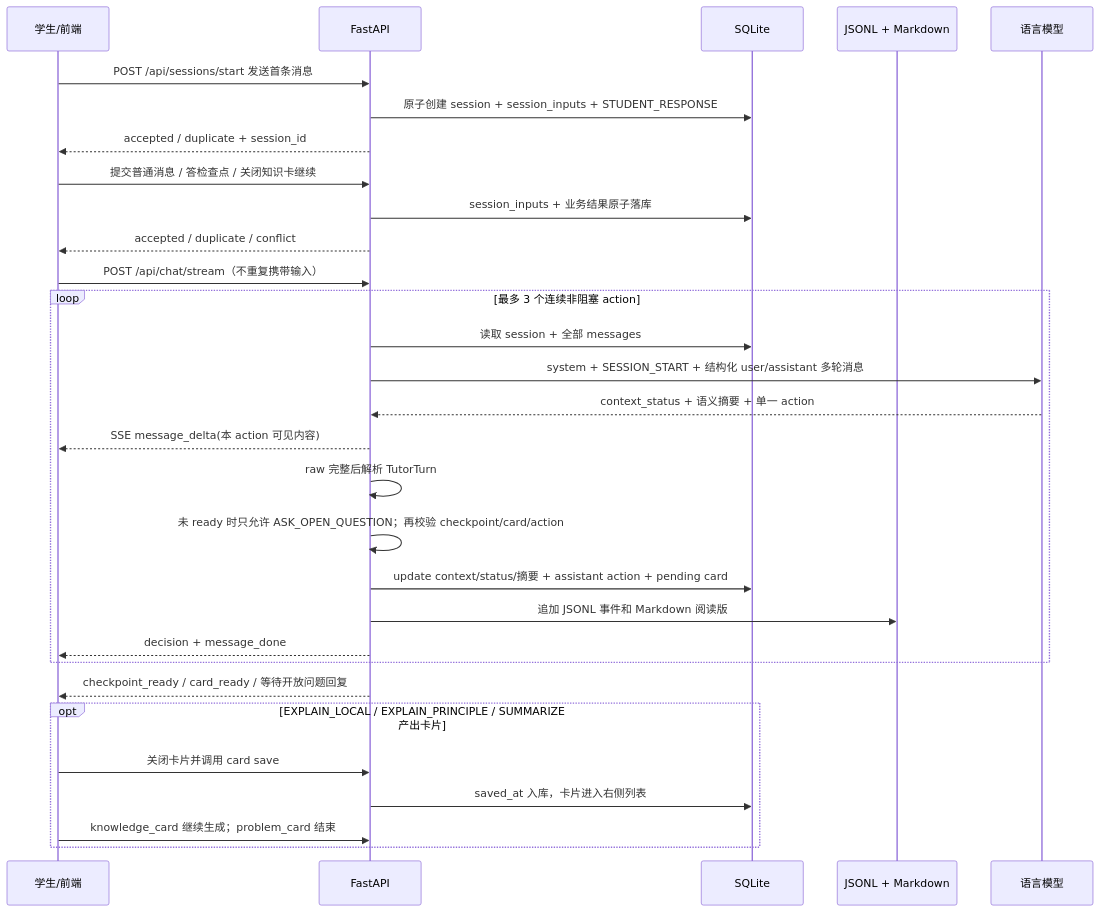
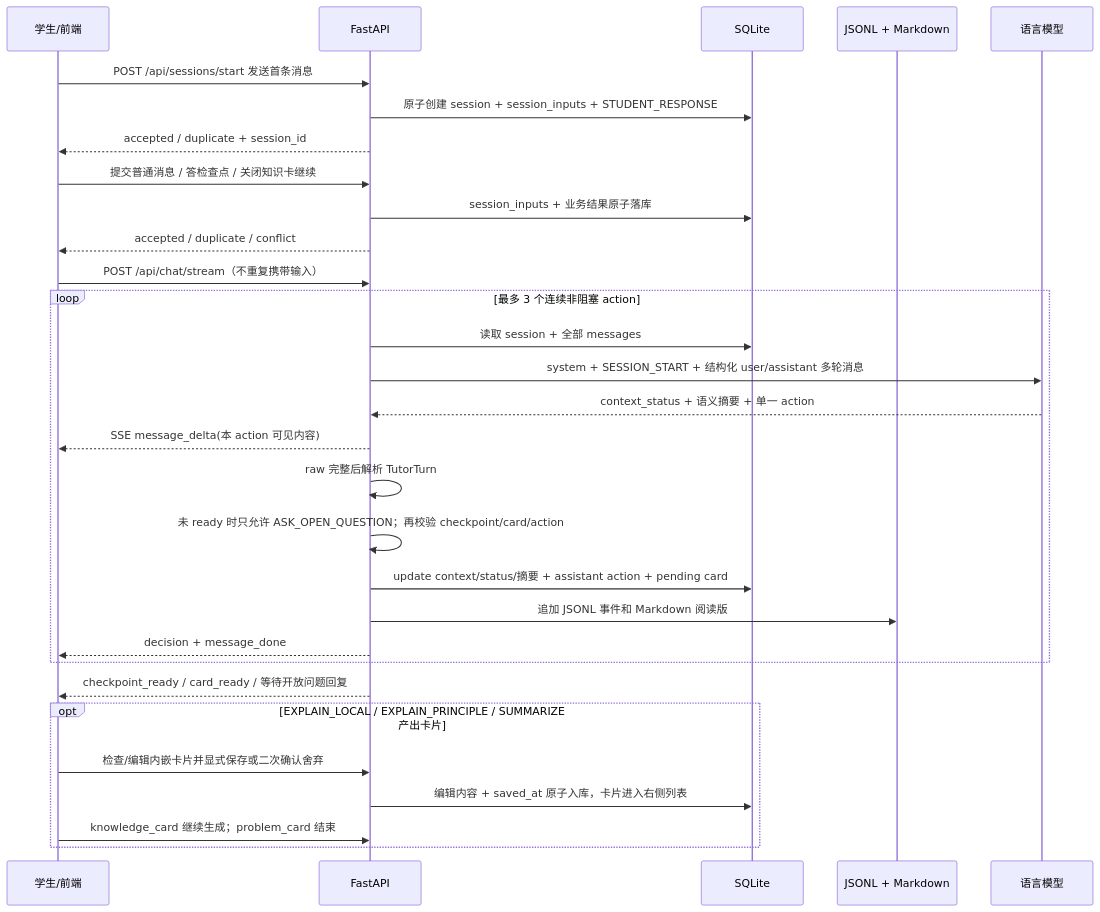
Before and after one commit to robbinpanda/Diagnostic-teaching: the diagram in docs/state-machine.md, drawn with Mermaid. The commit also changed other lines of this file and 27 other files, not shown here.

````diff
--- a/docs/state-machine.md
+++ b/docs/state-machine.md
@@ -20,33 +20,33 @@
 ```mermaid
 sequenceDiagram
   participant Student as 学生/前端
   participant API as FastAPI
   participant DB as SQLite
   participant Log as JSONL + Markdown
   participant LLM as 语言模型
 
   Student->>API: POST /api/sessions/start 发送首条消息
   API->>DB: 原子创建 session + session_inputs + STUDENT_RESPONSE
   API-->>Student: accepted / duplicate + session_id
   Student->>API: 提交普通消息 / 答检查点 / 关闭知识卡继续
   API->>DB: session_inputs + 业务结果原子落库
   API-->>Student: accepted / duplicate / conflict
   Student->>API: POST /api/chat/stream（不重复携带输入）
   loop 最多 3 个连续非阻塞 action
     API->>DB: 读取 session + 全部 messages
     API->>LLM: system + SESSION_START + 结构化 user/assistant 多轮消息
     LLM-->>API: context_status + 语义摘要 + 单一 action
     API-->>Student: SSE message_delta(本 action 可见内容)
     API->>API: raw 完整后解析 TutorTurn
     API->>API: 未 ready 时只允许 ASK_OPEN_QUESTION；再校验 checkpoint/card/action
     API->>DB: update context/status/摘要 + assistant action + pending card
     API->>Log: 追加 JSONL 事件和 Markdown 阅读版
     API-->>Student: decision + message_done
   end
   API-->>Student: checkpoint_ready / card_ready / 等待开放问题回复
   opt EXPLAIN_LOCAL / EXPLAIN_PRINCIPLE / SUMMARIZE 产出卡片
-    Student->>API: 关闭卡片并调用 card save
-    API->>DB: saved_at 入库，卡片进入右侧列表
+    Student->>API: 检查/编辑内嵌卡片并显式保存或二次确认舍弃
+    API->>DB: 编辑内容 + saved_at 原子入库，卡片进入右侧列表
     Student->>API: knowledge_card 继续生成；problem_card 结束
   end
 ```
````
